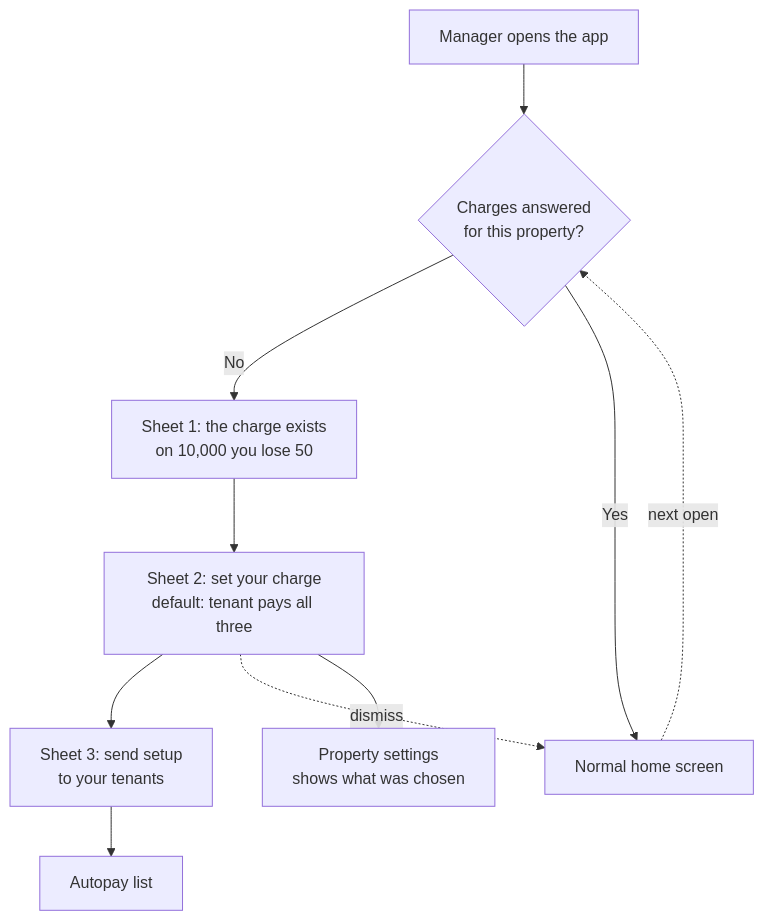
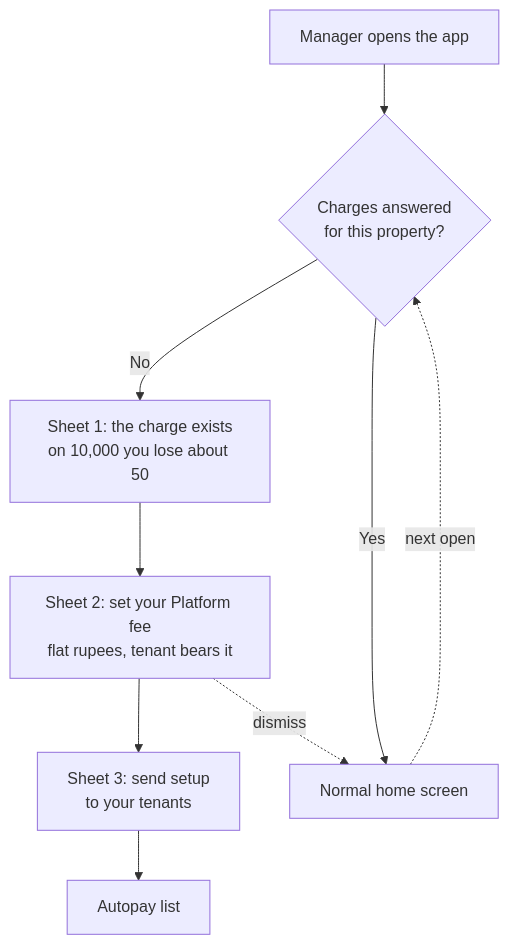
One commit to eazyapp-tech/rentok-autopay changed the first of 4 diagrams in surfaces/manager-app.md. Above: the diagram before and after it, drawn with Mermaid. The commit also changed other lines of this file and 3 other files, not shown here.

````diff
--- a/surfaces/manager-app.md
+++ b/surfaces/manager-app.md
@@ -64,12 +70,11 @@
 ```mermaid
 flowchart TD
     A[Manager opens the app] --> B{Charges answered<br/>for this property?}
-    B -- No --> C[Sheet 1: the charge exists<br/>on 10,000 you lose 50]
-    C --> D[Sheet 2: set your charge<br/>default: tenant pays all three]
+    B -- No --> C[Sheet 1: the charge exists<br/>on 10,000 you lose about 50]
+    C --> D[Sheet 2: set your Platform fee<br/>flat rupees, tenant bears it]
     D --> E[Sheet 3: send setup<br/>to your tenants]
     B -- Yes --> F[Normal home screen]
-    D -. dismiss .-> F
-    F -. next open .-> B
+    D -.dismiss.-> F
+    F -.next open.-> B
     E --> G[Autopay list]
-    D --> H[Property settings<br/>shows what was chosen]
 ```
````
